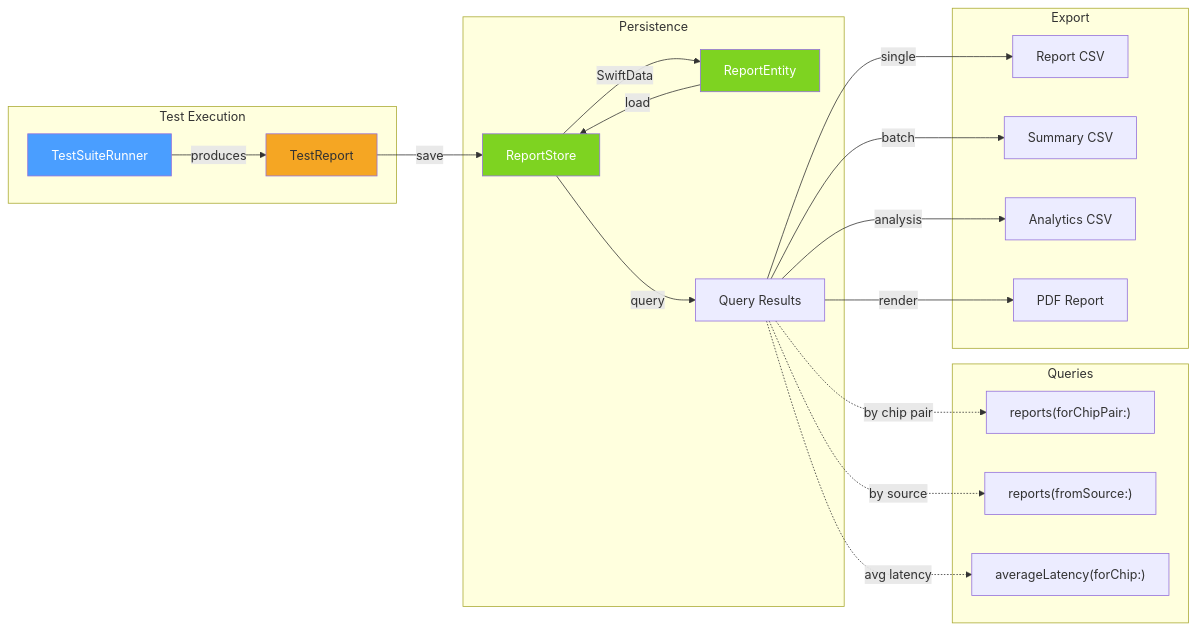
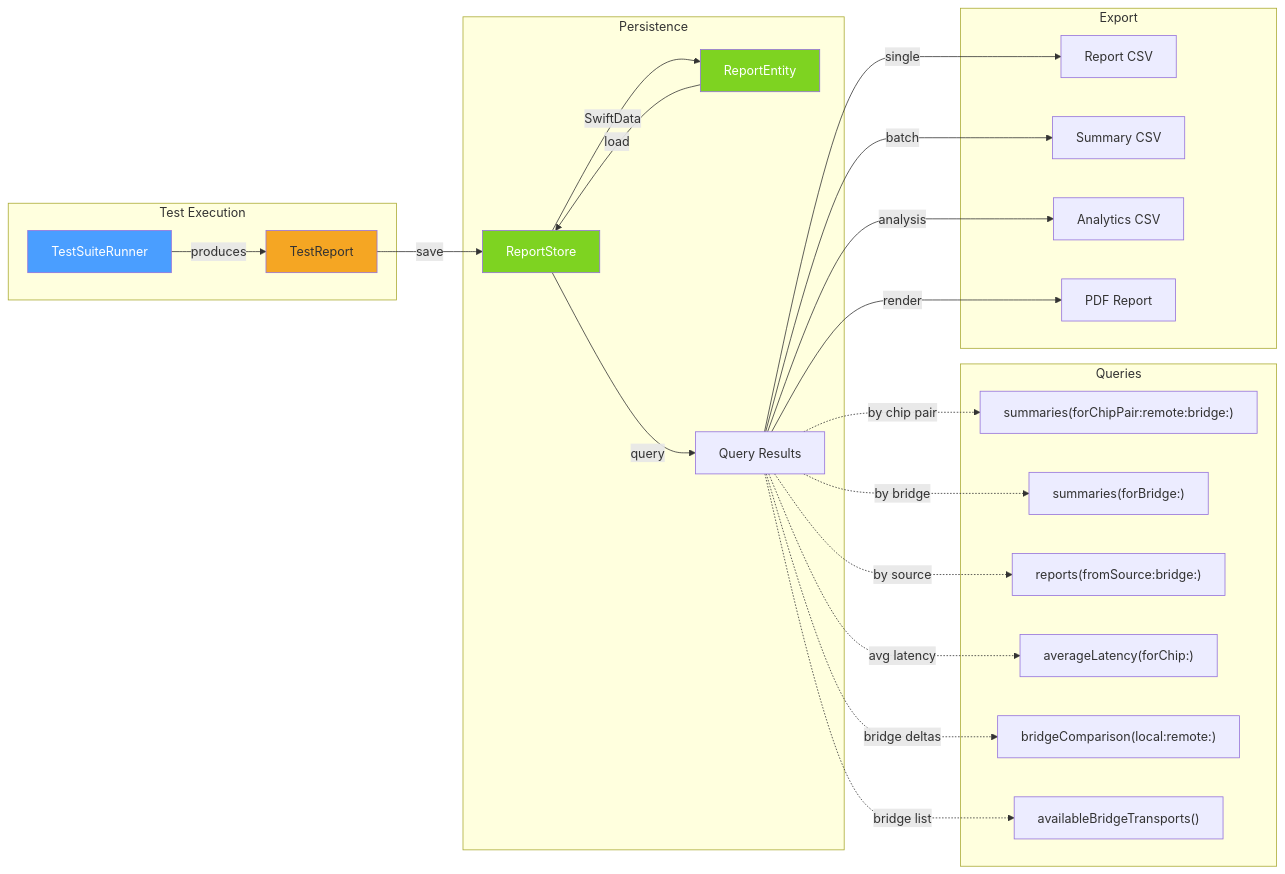
The ninth of 11 diagrams in docs/current_architecture.md (chrlyons/iPadDx), drawn with Mermaid before and after one commit. The commit also changed other lines of this file and 61 other files, not shown here.

````diff
--- a/docs/current_architecture.md
+++ b/docs/current_architecture.md
@@ -362,31 +470,34 @@
 ```mermaid
 flowchart LR
     subgraph "Test Execution"
         TSR[TestSuiteRunner] -->|produces| TR[TestReport]
     end
 
     subgraph "Persistence"
         TR -->|save| RS[ReportStore]
         RS -->|SwiftData| RE[ReportEntity]
         RE -->|load| RS
         RS -->|query| QR[Query Results]
     end
 
     subgraph "Queries"
-        QR -.->|by chip pair| F1["reports(forChipPair:)"]
-        QR -.->|by source| F2["reports(fromSource:)"]
-        QR -.->|avg latency| F3["averageLatency(forChip:)"]
+        QR -.->|by chip pair| F1["summaries(forChipPair:remote:bridge:)"]
+        QR -.->|by bridge| F2["summaries(forBridge:)"]
+        QR -.->|by source| F3["reports(fromSource:bridge:)"]
+        QR -.->|avg latency| F4["averageLatency(forChip:)"]
+        QR -.->|bridge deltas| F5["bridgeComparison(local:remote:)"]
+        QR -.->|bridge list| F6["availableBridgeTransports()"]
     end
 
     subgraph "Export"
         QR -->|single| CSV1[Report CSV]
         QR -->|batch| CSV2[Summary CSV]
         QR -->|analysis| CSV3[Analytics CSV]
         QR -->|render| PDF[PDF Report]
     end
 
     style TSR fill:#4a9eff,color:#fff
     style TR fill:#f5a623,color:#333
     style RS fill:#7ed321,color:#fff
     style RE fill:#7ed321,color:#fff
 ```
````
